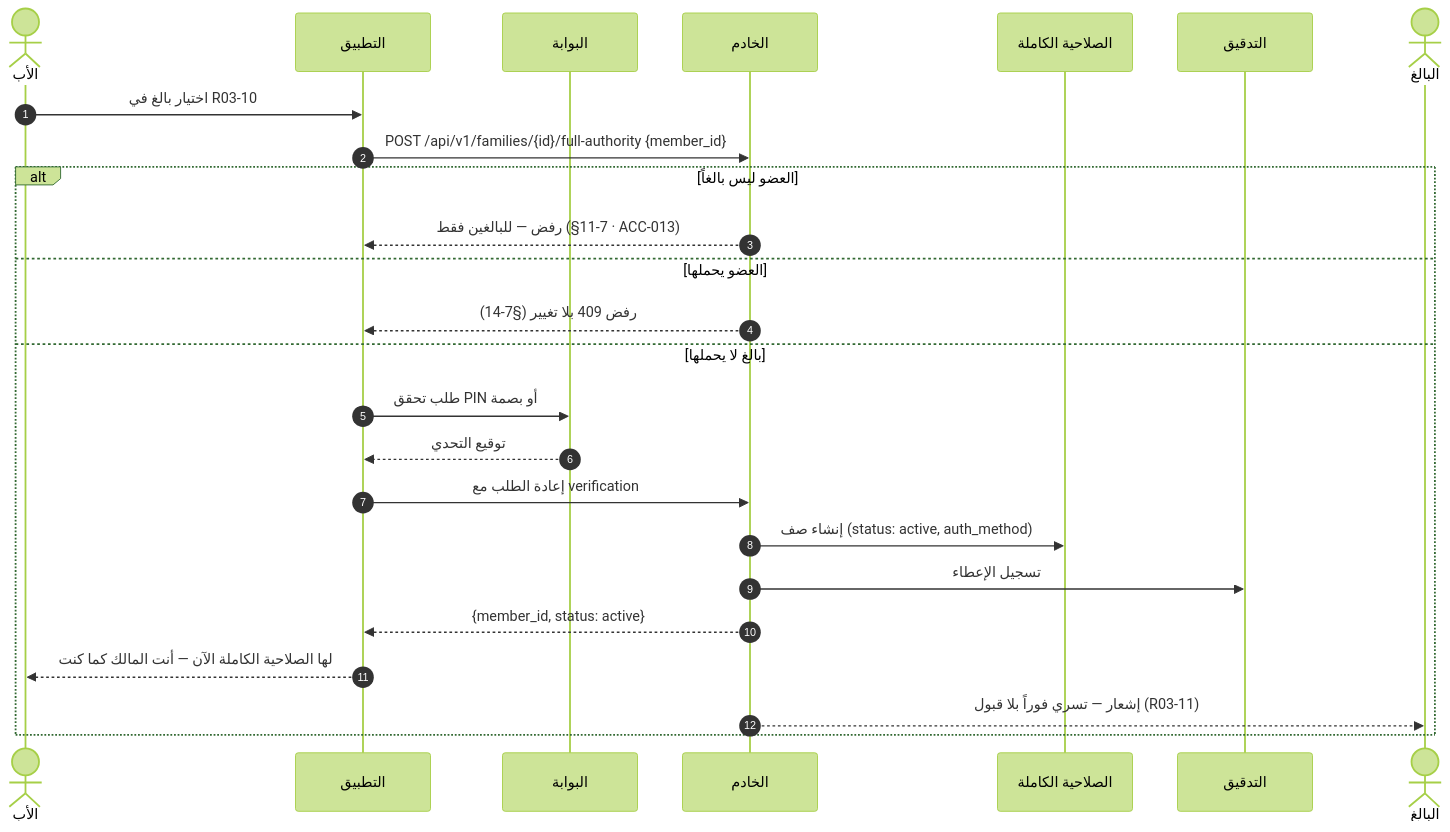
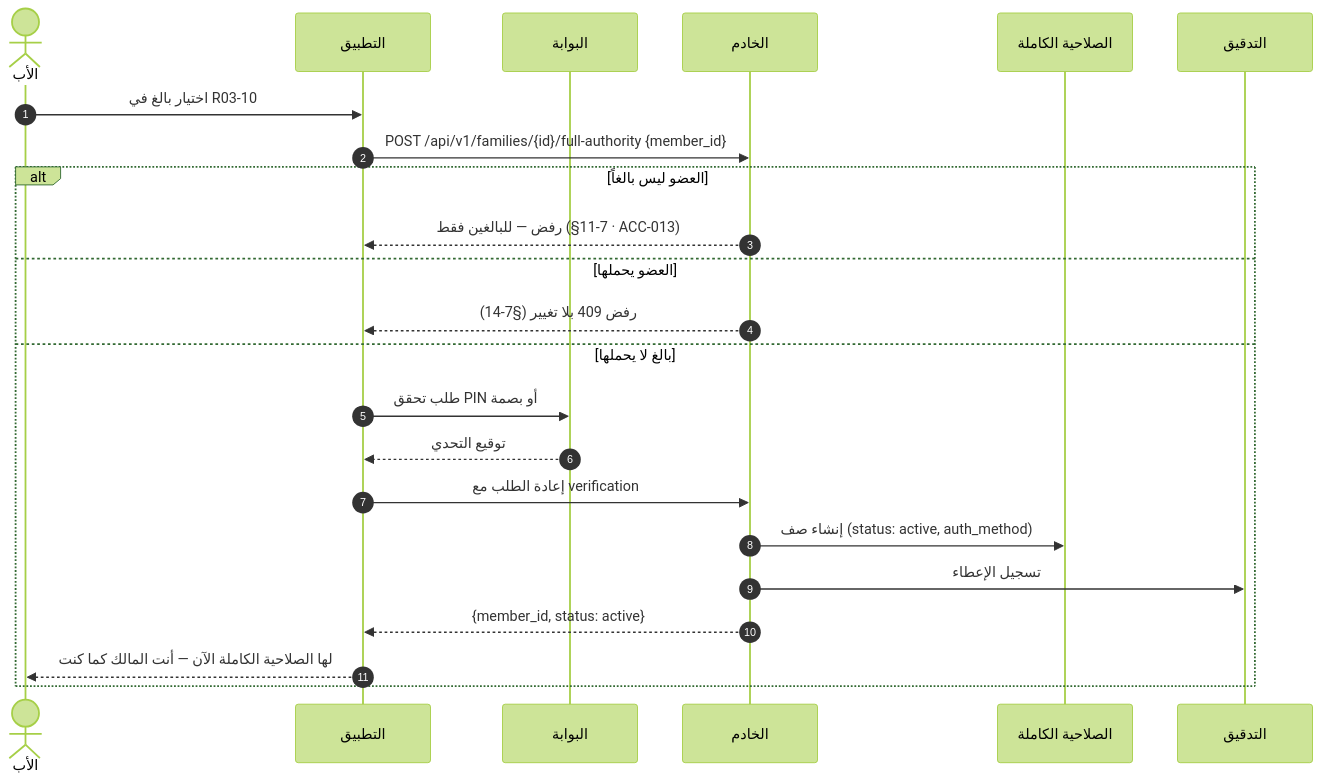
The ninth of 33 diagrams in docs/family-os/governance/phases/phase-1/S1-03-family-roles-and-permissions/DIAGRAMS.md (Bassam-mohammed-alqaeadi/family-os-v2), drawn with Mermaid (forest theme) before and after one commit. The commit also changed other lines of this file, not shown here.

````diff
--- a/docs/family-os/governance/phases/phase-1/S1-03-family-roles-and-permissions/DIAGRAMS.md
+++ b/docs/family-os/governance/phases/phase-1/S1-03-family-roles-and-permissions/DIAGRAMS.md
@@ -439,28 +451,26 @@
 ```mermaid
 sequenceDiagram
     autonumber
     actor Father as الأب
     participant App as التطبيق
     participant S101 as البوابة
     participant Ktor as الخادم
     participant FA as الصلاحية الكاملة
     participant Audit as التدقيق
-    actor Adult as البالغ
 
     Father->>App: اختيار بالغ في R03-10
     App->>Ktor: POST /api/v1/families/{id}/full-authority {member_id}
     alt العضو ليس بالغاً
         Ktor-->>App: رفض — للبالغين فقط (§7-11 · ACC-013)
     else العضو يحملها
         Ktor-->>App: رفض 409 بلا تغيير (§7-14)
     else بالغ لا يحملها
         App->>S101: طلب تحقق PIN أو بصمة
         S101-->>App: توقيع التحدي
         App->>Ktor: إعادة الطلب مع verification
         Ktor->>FA: إنشاء صف (status: active, auth_method)
         Ktor->>Audit: تسجيل الإعطاء
         Ktor-->>App: {member_id, status: active}
         App-->>Father: لها الصلاحية الكاملة الآن — أنت المالك كما كنت
-        Ktor-->>Adult: إشعار — تسري فوراً بلا قبول (R03-11)
     end
 ```
````
